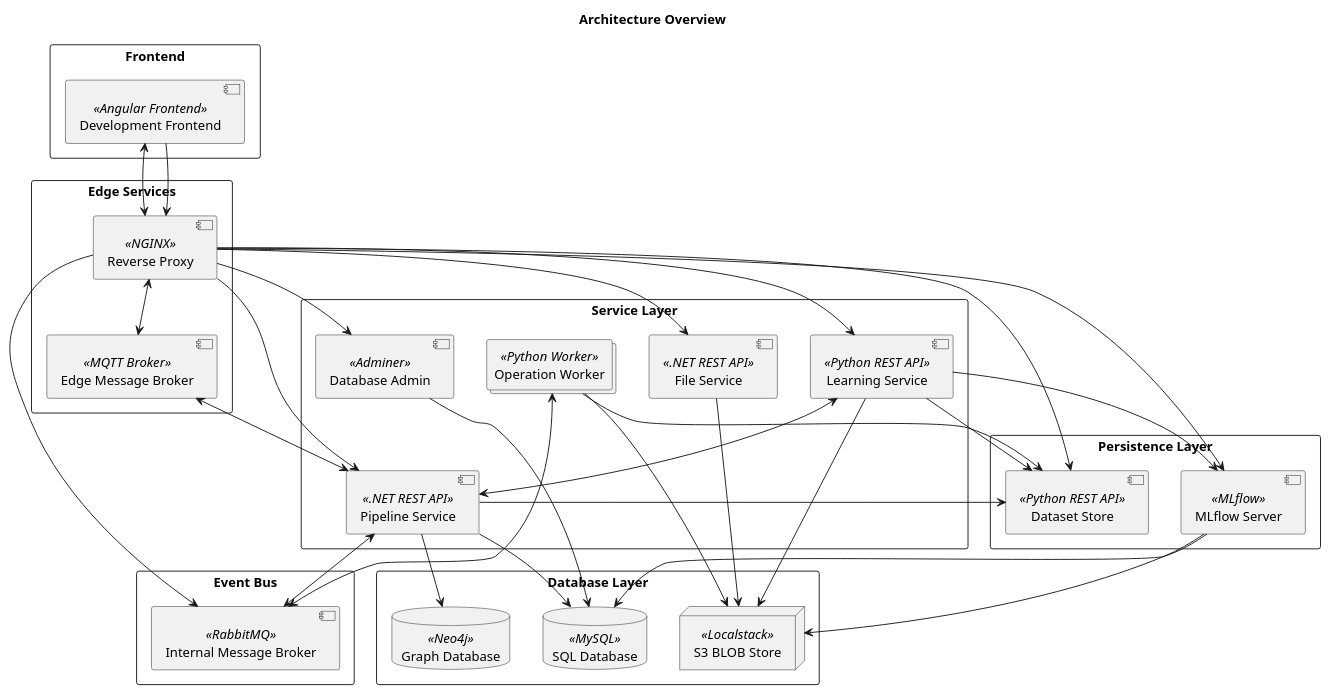
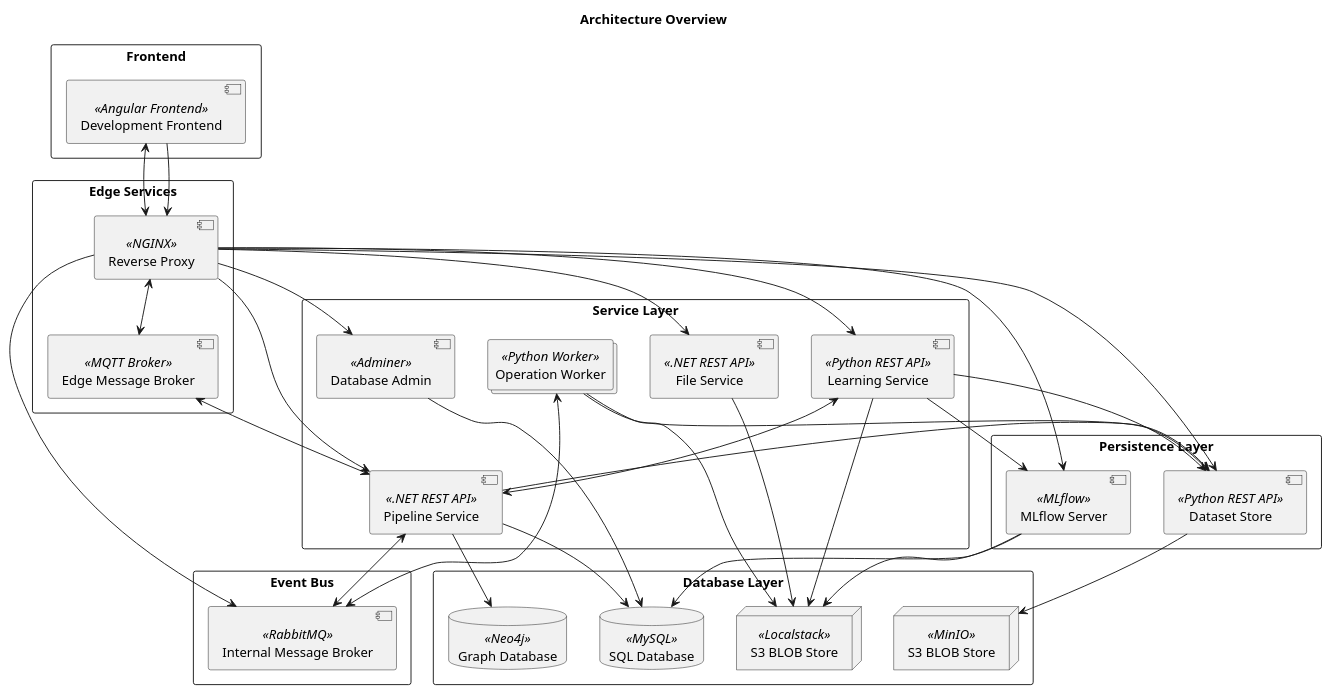
Before and after one commit to project-hanse/prototype-a: the diagram in docs/architecture/overview.puml, drawn with PlantUML. The commit also changed 6 other files, not shown here.

First line of the commit message:
refactor(dataset-service): use minio as S3 provider instead of localstack

```diff
--- a/docs/architecture/overview.puml
+++ b/docs/architecture/overview.puml
@@ -1,82 +1,83 @@
 @startuml
 'https://plantuml.com/deployment-diagram
 
 title "Architecture Overview"
 
 'Definitions'
 
 rectangle "Frontend" {
     component "Development Frontend" << Angular Frontend >> as development_frontend
 }
 
 rectangle "Edge Services" {
     component "Reverse Proxy" << NGINX >> as reverse_proxy
     component "Edge Message Broker" << MQTT Broker >> as message_broker_edge
 }
 
 rectangle "Event Bus" {
     component "Internal Message Broker" << RabbitMQ >> as message_broker_internal
 }
 
 rectangle "Service Layer" {
     component "Pipeline Service" << .NET REST API >> as pipeline_service
     collections  "Operation Worker" <<Python Worker>> as worker
     component "Learning Service" << Python REST API >> as learning_service
     component "File Service" << .NET REST API >> as file_service
     component "Database Admin" << Adminer >> as adminer
 }
 
 rectangle "Persistence Layer" {
     component "Dataset Store" << Python REST API >> as dataset_store
     component "MLflow Server" << MLflow >> as mlflow_server
 }
 
 rectangle "Database Layer" {
     database "Graph Database" << Neo4j >> as graph_db
     node "S3 BLOB Store" << Localstack >> as blob_store
+    node "S3 BLOB Store" << MinIO >> as blob_store_minio
     'database #line.dashed "Dataset Database" << MongoDB >> as dataset_db
     database "SQL Database" << MySQL >> as mysql_db
 }
 
 'Interaction'
 
 development_frontend <--> reverse_proxy
 development_frontend --> reverse_proxy
 
 reverse_proxy --> pipeline_service
 reverse_proxy --> learning_service
 reverse_proxy --> file_service
 reverse_proxy <--> message_broker_edge
 'TODO: This connection should no longer exist'
 reverse_proxy --> dataset_store
 reverse_proxy --> mlflow_server
 reverse_proxy --> adminer
 reverse_proxy --> message_broker_internal
 
 learning_service --> mlflow_server
 learning_service --> dataset_store
 learning_service <--> pipeline_service
 learning_service --> blob_store
 
 pipeline_service --> graph_db
 pipeline_service <--> message_broker_internal
 pipeline_service <--> message_broker_edge
 pipeline_service --> mysql_db
 pipeline_service --> dataset_store
 
 adminer --> mysql_db
 
-'dataset_store --> dataset_db
+dataset_store --> blob_store_minio
 'TODO: Default files should be seeded from file service PH-213'
 ' dataset_store --> blob_store
 
 file_service --> blob_store
 
 mlflow_server --> mysql_db
 mlflow_server --> blob_store
 
 worker --> dataset_store
 worker --> blob_store
 worker <--> message_broker_internal
 
 @enduml
```
